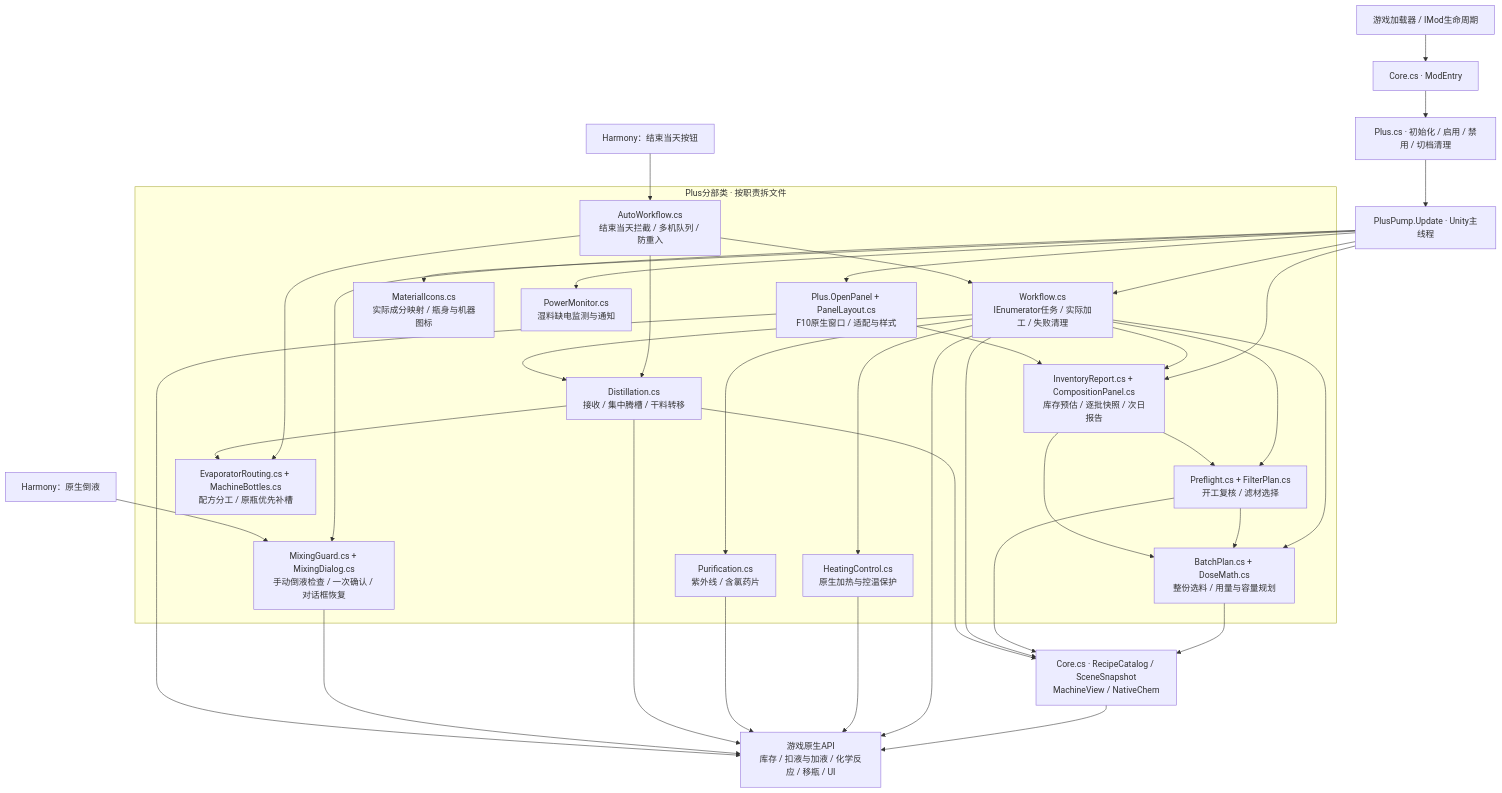
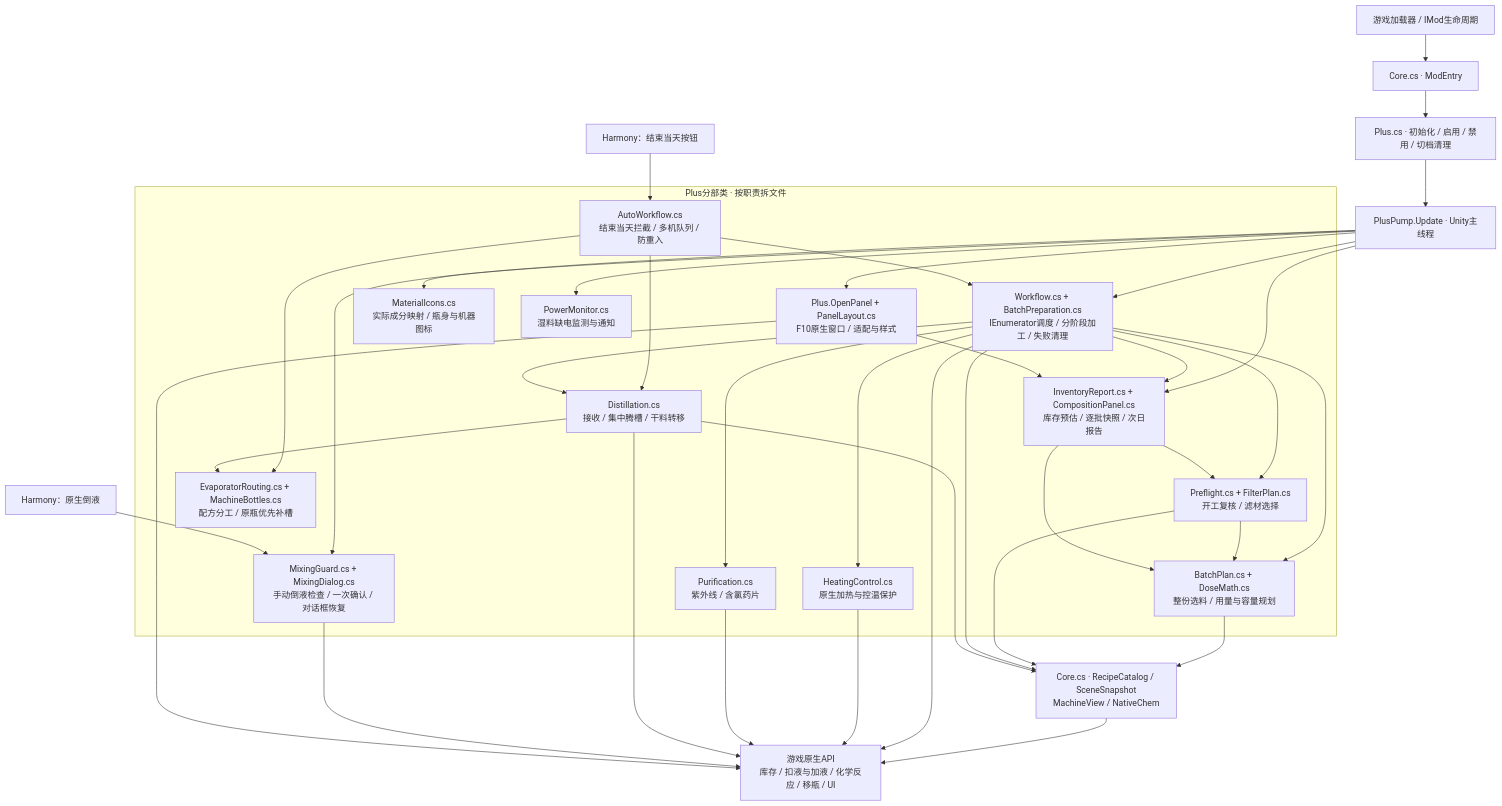
One commit to KarlWang86/Probably-Stolen-ChemAssistPlus changed the first of 2 diagrams in docs/ARCHITECTURE.md. Above: the diagram before and after it, drawn with Mermaid. The commit also changed other lines of this file and 8 other files, not shown here.

````diff
--- a/docs/ARCHITECTURE.md
+++ b/docs/ARCHITECTURE.md
@@ -9,59 +9,59 @@
 ```mermaid
 flowchart TB
     Game["游戏加载器 / IMod生命周期"] --> Entry["Core.cs · ModEntry"]
     Entry --> Plus["Plus.cs · 初始化 / 启用 / 禁用 / 切档清理"]
     Plus --> Pump["PlusPump.Update · Unity主线程"]
 
     subgraph Business["Plus分部类 · 按职责拆文件"]
         Auto["AutoWorkflow.cs<br/>结束当天拦截 / 多机队列 / 防重入"]
         Plan["BatchPlan.cs + DoseMath.cs<br/>整份选料 / 用量与容量规划"]
         Check["Preflight.cs + FilterPlan.cs<br/>开工复核 / 滤材选择"]
-        Work["Workflow.cs<br/>IEnumerator任务 / 实际加工 / 失败清理"]
+        Work["Workflow.cs + BatchPreparation.cs<br/>IEnumerator调度 / 分阶段加工 / 失败清理"]
         Heat["HeatingControl.cs<br/>原生加热与控温保护"]
         Purify["Purification.cs<br/>紫外线 / 含氯药片"]
         Distill["Distillation.cs<br/>接收 / 集中腾槽 / 干料转移"]
         Route["EvaporatorRouting.cs + MachineBottles.cs<br/>配方分工 / 原瓶优先补槽"]
         Report["InventoryReport.cs + CompositionPanel.cs<br/>库存预估 / 逐批快照 / 次日报告"]
         UI["Plus.OpenPanel + PanelLayout.cs<br/>F10原生窗口 / 适配与样式"]
         Mix["MixingGuard.cs + MixingDialog.cs<br/>手动倒液检查 / 一次确认 / 对话框恢复"]
         Icons["MaterialIcons.cs<br/>实际成分映射 / 瓶身与机器图标"]
         Power["PowerMonitor.cs<br/>湿料缺电监测与通知"]
     end
 
     Pump --> Work
     Pump --> UI
     Pump --> Mix
     Pump --> Icons
     Pump --> Power
     Pump --> Report
     Hook["Harmony：结束当天按钮"] --> Auto
     Auto --> Work
     Auto --> Distill
     Auto --> Route
     Work --> Plan
     Work --> Check
     Work --> Heat
     Work --> Purify
     Work --> Distill
     Check --> Plan
     Distill --> Route
     Work --> Report
     UI --> Report
     Report --> Plan
     Report --> Check
     TransferHook["Harmony：原生倒液"] --> Mix
 
     Core["Core.cs · RecipeCatalog / SceneSnapshot<br/>MachineView / NativeChem"]
     Plan --> Core
     Check --> Core
     Work --> Core
     Distill --> Core
     Native["游戏原生API<br/>库存 / 扣液与加液 / 化学反应 / 移瓶 / UI"]
     Core --> Native
     Work --> Native
     Heat --> Native
     Purify --> Native
     Distill --> Native
     Mix --> Native
     UI --> Native
 ```
````
